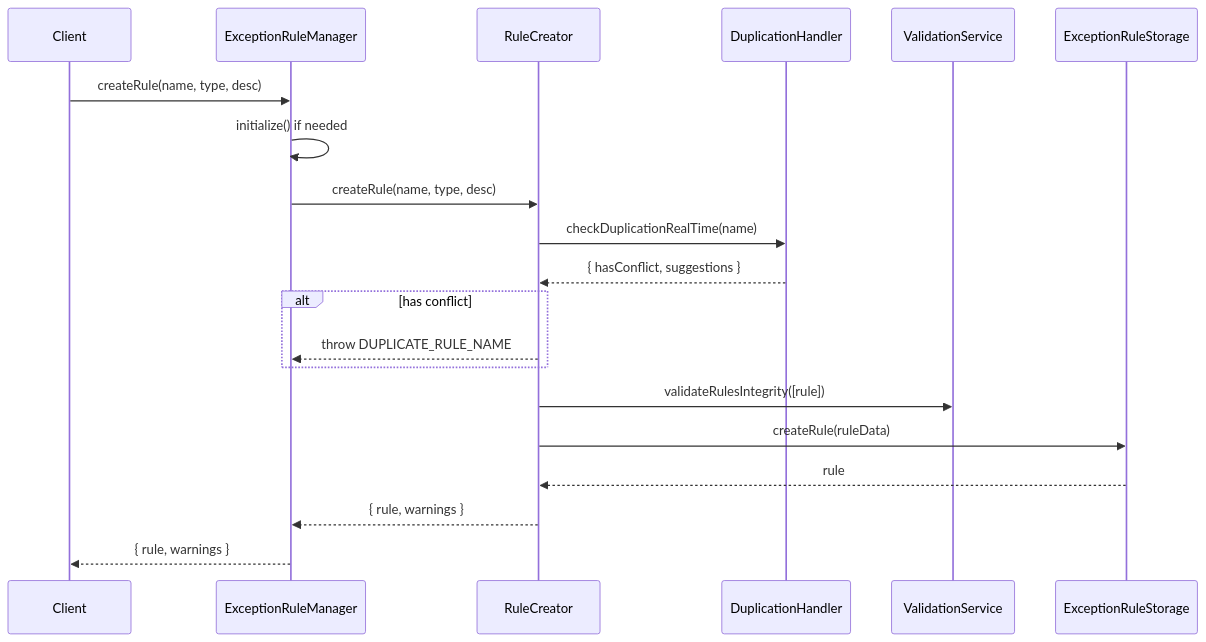
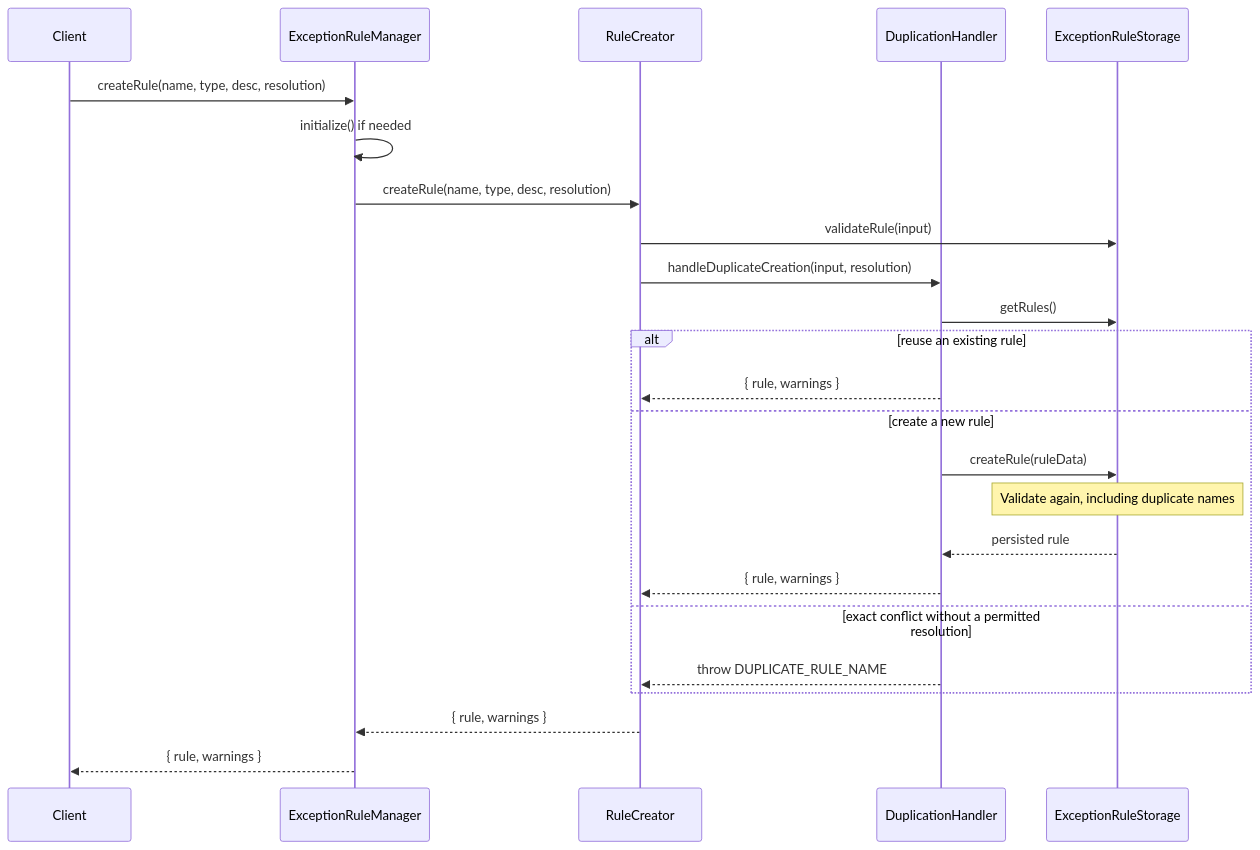
Before and after one commit to KenXiao1/momentum: the first of 2 diagrams in docs/modules/EXCEPTION_RULE_SYSTEM.md, drawn with Mermaid. The commit also changed other lines of this file and 28 other files, not shown here.

````diff
--- a/docs/modules/EXCEPTION_RULE_SYSTEM.md
+++ b/docs/modules/EXCEPTION_RULE_SYSTEM.md
@@ -68,23 +68,27 @@
 ```mermaid
 sequenceDiagram
     participant Client
     participant Manager as ExceptionRuleManager
     participant Creator as RuleCreator
     participant Duplication as DuplicationHandler
-    participant Validation as ValidationService
     participant Storage as ExceptionRuleStorage
 
-    Client->>Manager: createRule(name, type, desc)
+    Client->>Manager: createRule(name, type, desc, resolution)
     Manager->>Manager: initialize() if needed
-    Manager->>Creator: createRule(name, type, desc)
-    Creator->>Duplication: checkDuplicationRealTime(name)
-    Duplication-->>Creator: { hasConflict, suggestions }
-    alt has conflict
-        Creator-->>Manager: throw DUPLICATE_RULE_NAME
+    Manager->>Creator: createRule(name, type, desc, resolution)
+    Creator->>Storage: validateRule(input)
+    Creator->>Duplication: handleDuplicateCreation(input, resolution)
+    Duplication->>Storage: getRules()
+    alt reuse an existing rule
+        Duplication-->>Creator: { rule, warnings }
+    else create a new rule
+        Duplication->>Storage: createRule(ruleData)
+        Note over Storage: Validate again, including duplicate names
+        Storage-->>Duplication: persisted rule
+        Duplication-->>Creator: { rule, warnings }
+    else exact conflict without a permitted resolution
+        Duplication-->>Creator: throw DUPLICATE_RULE_NAME
     end
-    Creator->>Validation: validateRulesIntegrity([rule])
-    Creator->>Storage: createRule(ruleData)
-    Storage-->>Creator: rule
     Creator-->>Manager: { rule, warnings }
     Manager-->>Client: { rule, warnings }
 ```
````
